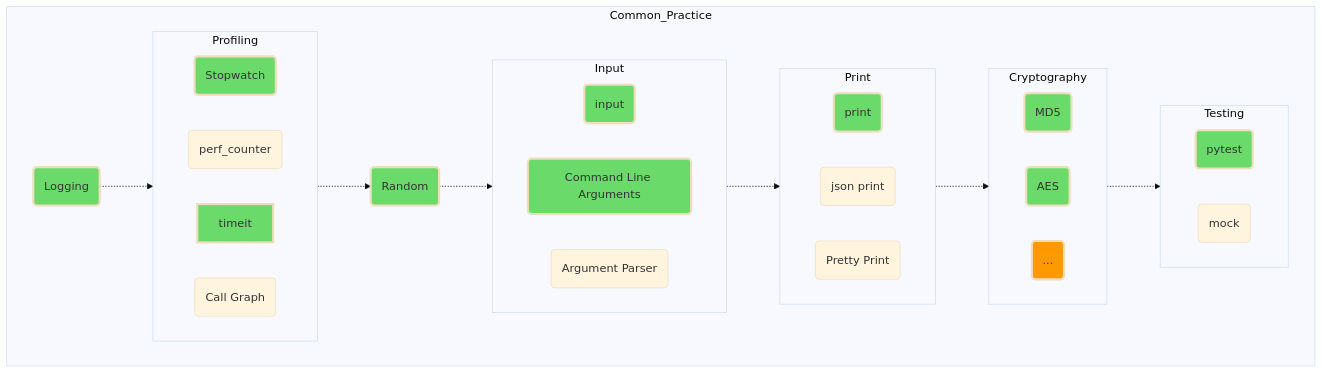
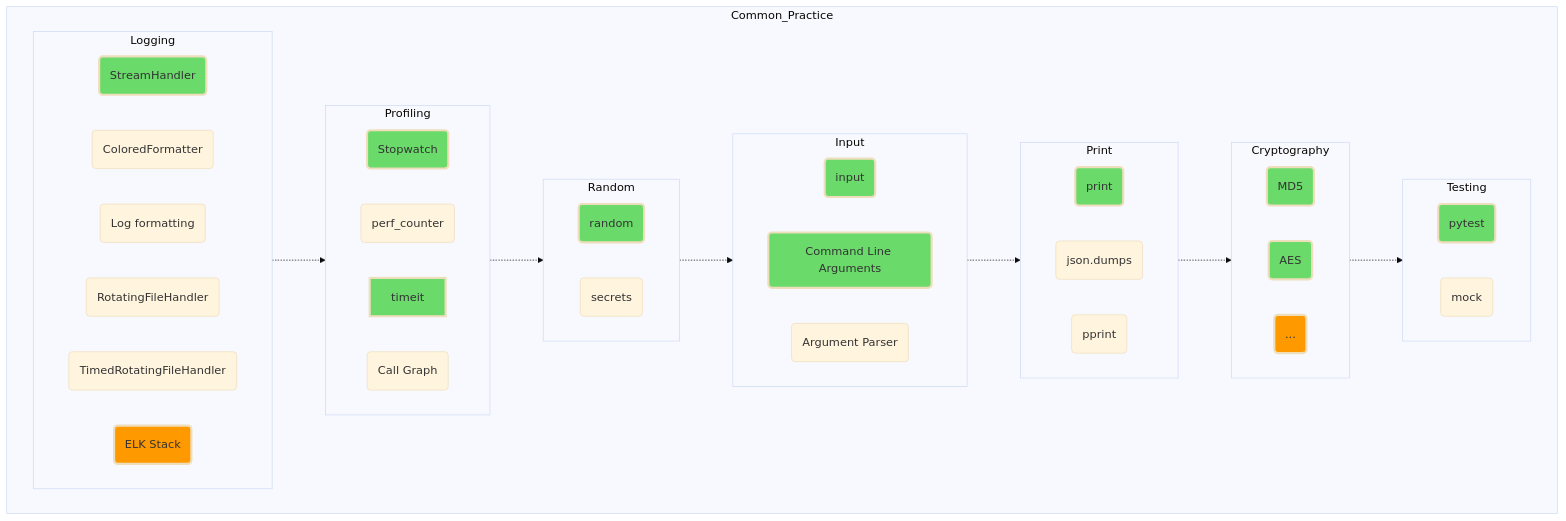
One commit to amaargiru/pyroad changed the diagram in 07_Common_Practice.md. Above: the diagram before and after it, drawn with Mermaid (base theme). The commit also changed other lines of this file and 3 other files, not shown here.

````diff
--- a/07_Common_Practice.md
+++ b/07_Common_Practice.md
@@ -12,7 +13,15 @@
 
 Logging -.-> Profiling -.-> Random -.-> Input -.-> Print -.-> Cryptography -.-> Testing
 
-Logging(Logging)
+subgraph Logging
+direction LR
+StreamHandler(StreamHandler)
+ColoredFormatter(ColoredFormatter)
+Log_formatting("Log formatting")
+RotatingFileHandler(RotatingFileHandler)
+TimedRotatingFileHandler(TimedRotatingFileHandler)
+ELK_Stack("ELK Stack")
+end
 
 subgraph Profiling
 direction LR
@@ -22,7 +31,11 @@
 Call_Graph("Call Graph")
 end
 
-Random(Random)
+subgraph Random
+direction LR
+random_mod(random)
+secrets(secrets)
+end
 
 subgraph Input
 direction LR
@@ -34,8 +47,8 @@
 subgraph Print
 direction LR
 simple_print(print)
-json_print("json print")
-Pretty_Print("Pretty Print")
+json_print("json.dumps")
+Pretty_Print(pprint)
 end
 
 subgraph Cryptography
@@ -55,6 +68,7 @@
 
 classDef trainee fill:#6ADA6A, stroke-width:3px
 classDef middle fill:#FF9900, stroke-width:3px
+
 
 class List trainee;
 class tuple trainee;
@@ -118,6 +132,8 @@
 class exception_raising trainee;
 class create_task trainee;
 class gather trainee;
+class sleep trainee;
+class run trainee;
 class wait_for trainee;
 class asQueue trainee;
 class Lock trainee;
@@ -125,10 +141,9 @@
 class variables trainee;
 class Thread trainee;
 class Pool trainee;
-class Logging trainee;
 class Stopwatch trainee;
 class timeit trainee;
-class Random trainee;
+class random_mod trainee;
 class input trainee;
 class Command_Line_Arguments trainee;
 class simple_print trainee;
@@ -160,7 +175,13 @@
 class INSERT trainee;
 class UPDATE trainee;
 class DELETE trainee;
-class SQLite trainee;
+class PRIMARY_KEY trainee;
+class FOREIGN_KEY trainee;
+class FROM trainee;
+class WHERE trainee;
+class SET trainee;
+class SQLite_benefits trainee;
+class Syntax_Diagrams trainee;
 class Flask trainee;
 class Consistency trainee;
 class HTTPS trainee;
@@ -182,6 +203,7 @@
 class Abstraction trainee;
 class trunk_based_development trainee;
 class aiohttp trainee;
+class StreamHandler trainee;
 
 class NoSQL middle;
 class Functional middle;
@@ -194,14 +216,16 @@
 class methmore middle;
 class PostgreSQL_more middle;
 class SQLAlchemy middle;
+class Django_ORM middle;
 class Django middle;
 class FastAPI middle;
-class ORM boldmiddleed;
+class SQL_standard middle;
+class Analyze_an_execution_plan middle;
 class TensorFlow middle;
 class Keras middle;
 class cryptomore middle;
 class Jenkins middle;
 class Kubernetes middle;
 class Architectural_Patterns middle;
-
+class ELK_Stack middle;
 ```
````
